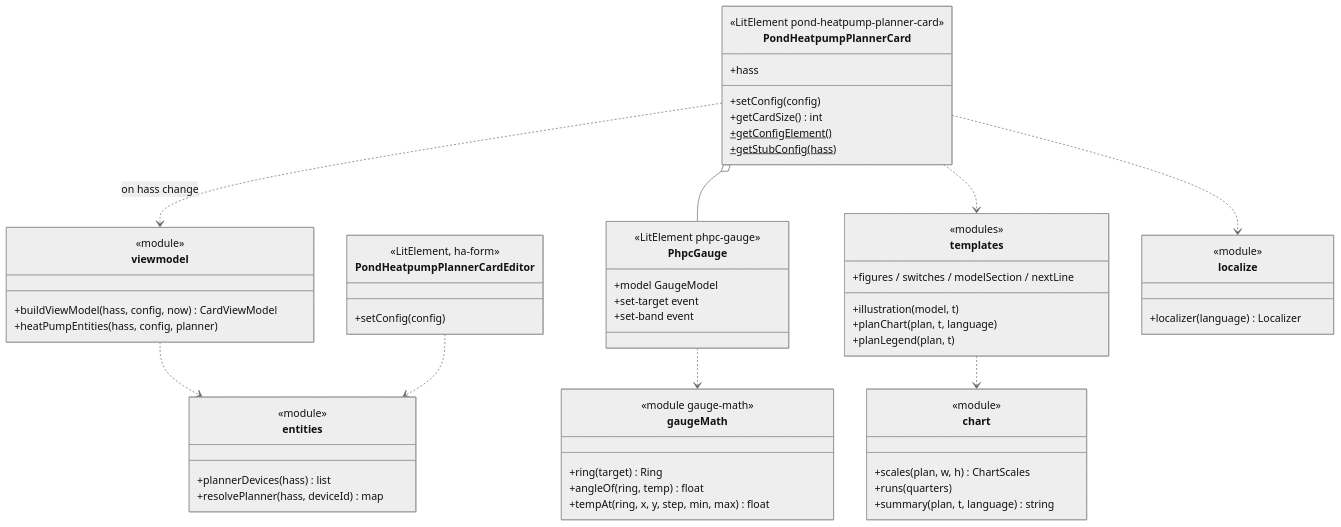
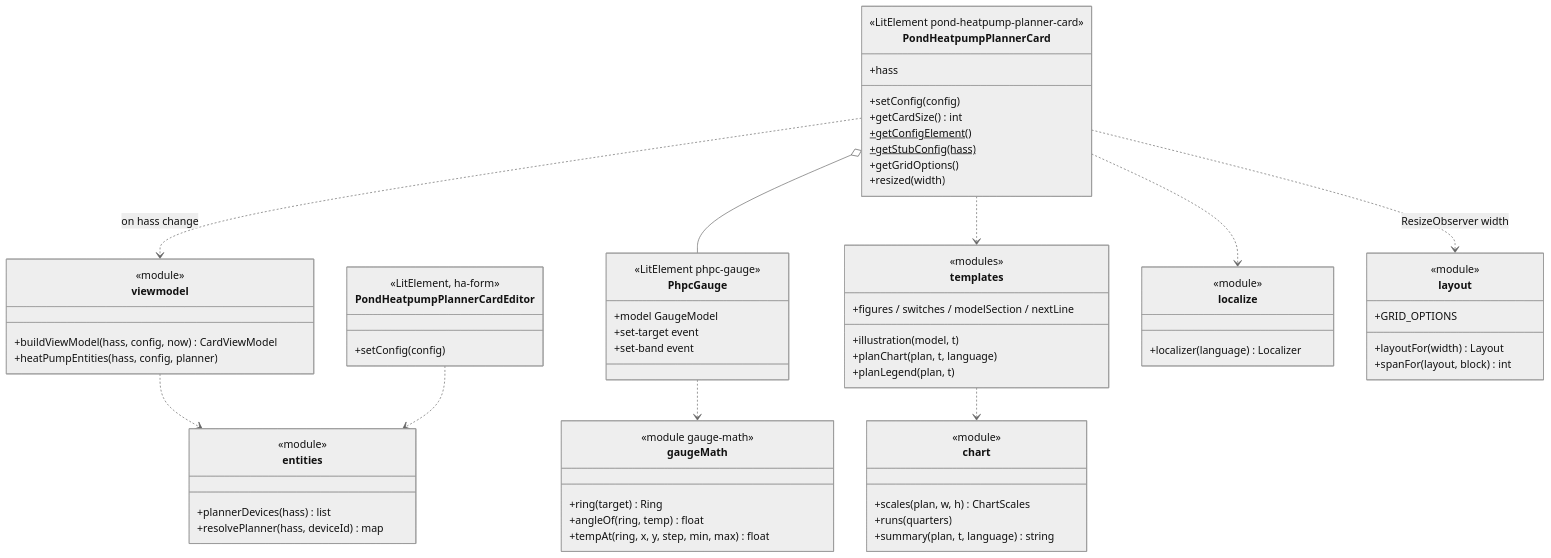
Before and after one commit to abroeders/pond-heatpump-price-planner: diagram 20 of 22 in docs/architecture.md, drawn with Mermaid (neutral theme). The commit also changed 2 other files, not shown here.

Commit message:
docs: card size and layout, UML (#16)

````diff
--- a/docs/architecture.md
+++ b/docs/architecture.md
@@ -791,63 +791,72 @@
 ```mermaid
 classDiagram
     direction TB
     class PondHeatpumpPlannerCard {
         <<LitElement pond-heatpump-planner-card>>
         +setConfig(config)
         +hass
         +getCardSize() int
         +getConfigElement()$
         +getStubConfig(hass)$
+        +getGridOptions()
+        +resized(width)
     }
     class PondHeatpumpPlannerCardEditor {
         <<LitElement, ha-form>>
         +setConfig(config)
     }
     class PhpcGauge {
         <<LitElement phpc-gauge>>
         +model GaugeModel
         +set-target event
         +set-band event
     }
     class viewmodel {
         <<module>>
         +buildViewModel(hass, config, now) CardViewModel
         +heatPumpEntities(hass, config, planner)
     }
     class entities {
         <<module>>
         +plannerDevices(hass) list
         +resolvePlanner(hass, deviceId) map
     }
     class chart {
         <<module>>
         +scales(plan, w, h) ChartScales
         +runs(quarters)
         +summary(plan, t, language) string
     }
     class gaugeMath {
         <<module gauge-math>>
         +ring(target) Ring
         +angleOf(ring, temp) float
         +tempAt(ring, x, y, step, min, max) float
     }
     class templates {
         <<modules>>
         +illustration(model, t)
         +planChart(plan, t, language)
         +planLegend(plan, t)
         +figures / switches / modelSection / nextLine
     }
     class localize {
         <<module>>
         +localizer(language) Localizer
     }
+    class layout {
+        <<module>>
+        +layoutFor(width) Layout
+        +spanFor(layout, block) int
+        +GRID_OPTIONS
+    }
     PondHeatpumpPlannerCard ..> viewmodel : on hass change
     viewmodel ..> entities
     PondHeatpumpPlannerCard o-- PhpcGauge
     PondHeatpumpPlannerCard ..> templates
     templates ..> chart
     PhpcGauge ..> gaugeMath
     PondHeatpumpPlannerCard ..> localize
+    PondHeatpumpPlannerCard ..> layout : ResizeObserver width
     PondHeatpumpPlannerCardEditor ..> entities
 ```
````
